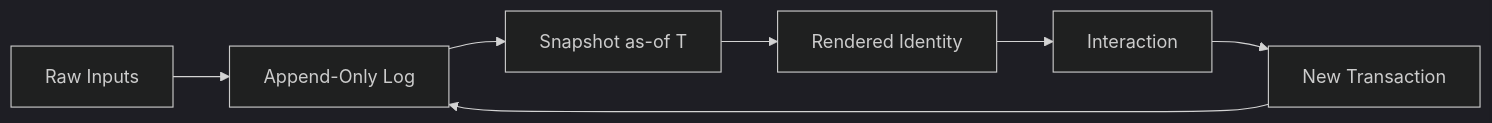
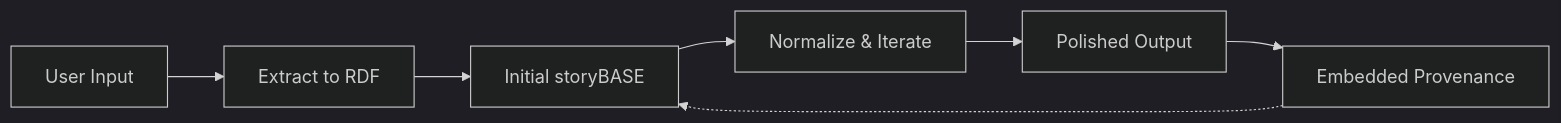
Before and after one commit to Synthetic-Identity-Co/conj-talk-2025: the first of 7 diagrams in presenter.md, drawn with Mermaid (dark theme). The commit also changed other lines of this file, not shown here.

Commit message:
story:  9ca903a49c557ba3a693e09c9049fa1e0610f9ac

````diff
--- a/presenter.md
+++ b/presenter.md
@@ -44,9 +51,9 @@
 ```mermaid
 graph LR
-    A[Raw Inputs] --> B[Append-Only Log]
-    B --> C[Snapshot as-of T]
-    C --> D[Rendered Identity]
-    D --> E[Interaction]
-    E --> F[New Transaction]
-    F --> B
+    A[User Input] --> B[Extract to RDF]
+    B --> C[Initial storyBASE]
+    C --> D[Normalize & Iterate]
+    D --> E[Polished Output]
+    E --> F[Embedded Provenance]
+    F -.-> C
 ```
````
